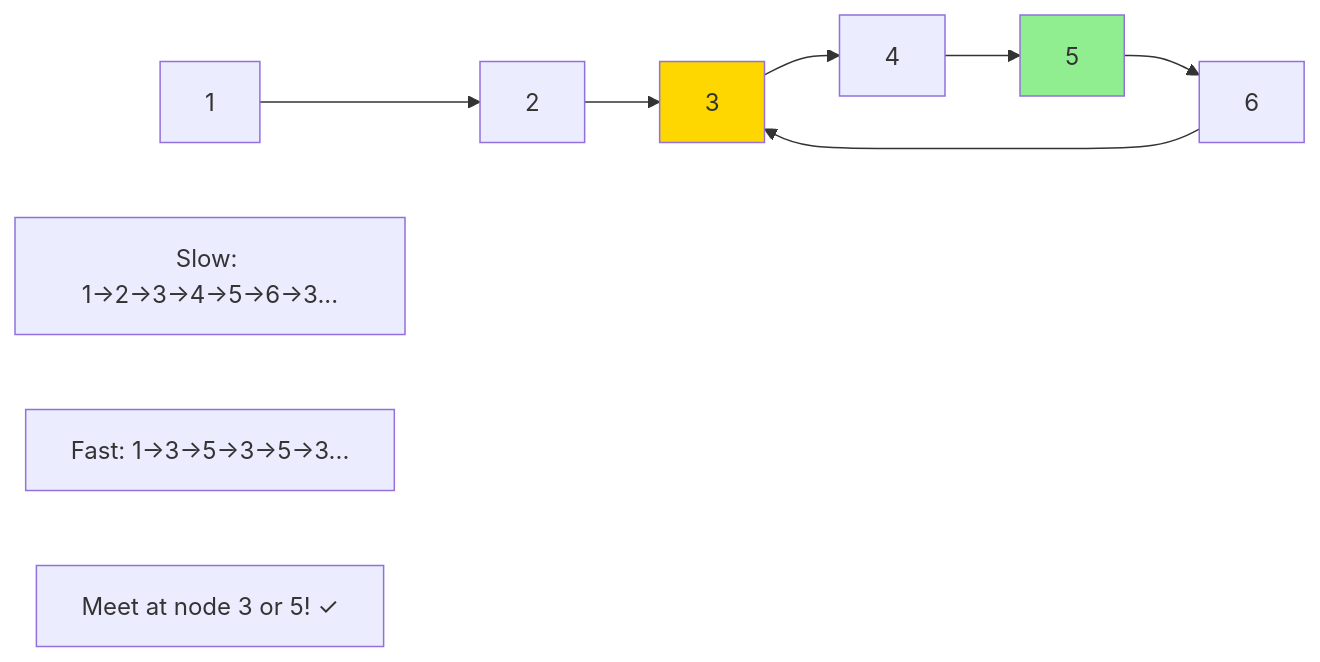
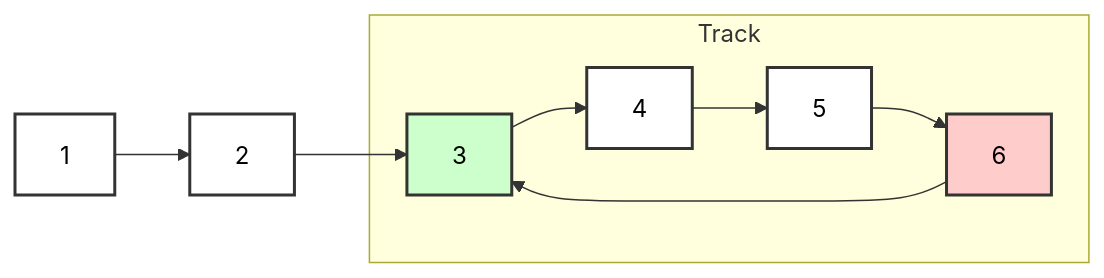
One commit to ankushtagore/dsa-coding-patterns changed the first of 4 diagrams in 03-fast-slow-pointers/README.md. Above: the diagram before and after it, drawn with Mermaid. The commit also changed other lines of this file and 7 other files, not shown here.

````diff
--- a/03-fast-slow-pointers/README.md
+++ b/03-fast-slow-pointers/README.md
@@ -48,16 +32,21 @@
 ```mermaid
 graph LR
-    A[1] --> B[2]
-    B --> C[3]
-    C --> D[4]
+    subgraph Track
+    C[3] --> D[4]
     D --> E[5]
     E --> F[6]
     F --> C
+    end
     
-    G["Slow: 1→2→3→4→5→6→3..."] 
-    H["Fast: 1→3→5→3→5→3..."]
-    I["Meet at node 3 or 5! ✓"]
-    
-    style C fill:#FFD700
-    style E fill:#90EE90
+    A[1] --> B[2]
+    B --> C
+
+    style A fill:#ffffff,stroke:#333,stroke-width:2px,color:#000
+    style B fill:#ffffff,stroke:#333,stroke-width:2px,color:#000
+    style C fill:#ccffcc,stroke:#333,stroke-width:2px,color:#000
+    style D fill:#ffffff,stroke:#333,stroke-width:2px,color:#000
+    style E fill:#ffffff,stroke:#333,stroke-width:2px,color:#000
+    style F fill:#ffcccc,stroke:#333,stroke-width:2px,color:#000
+
+    linkStyle default color:#000,stroke:#333
 ```
````
